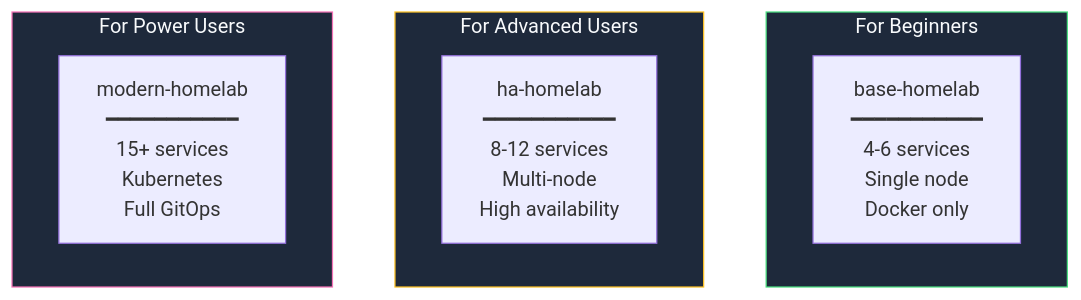
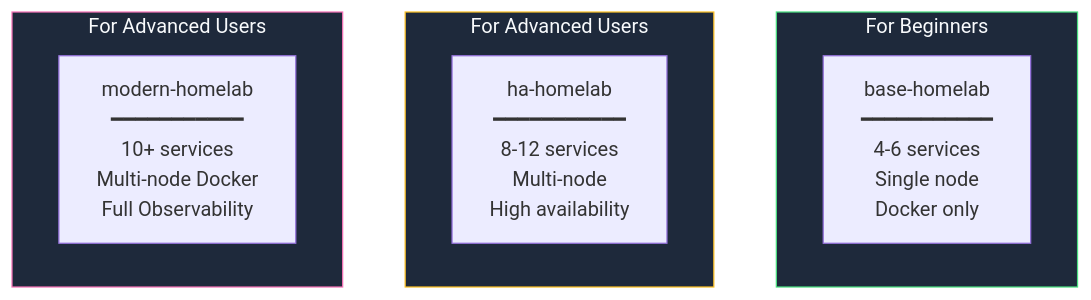
One commit to KombiverseLabs/docs changed the first of 5 diagrams in concepts/stackkits.mdx. Above: the diagram before and after it, drawn with Mermaid. The commit also changed other lines of this file and 35 other files, not shown here.

````diff
--- a/concepts/stackkits.mdx
+++ b/concepts/stackkits.mdx
@@ -55,18 +55,18 @@
 ```mermaid
 graph TB
     subgraph Beginner["For Beginners"]
         Base["base-homelab<br/>━━━━━━━━━━━<br/>4-6 services<br/>Single node<br/>Docker only"]
     end
 
     subgraph Advanced["For Advanced Users"]
         HA["ha-homelab<br/>━━━━━━━━━━━<br/>8-12 services<br/>Multi-node<br/>High availability"]
     end
 
-    subgraph Power["For Power Users"]
-        Modern["modern-homelab<br/>━━━━━━━━━━━<br/>15+ services<br/>Kubernetes<br/>Full GitOps"]
+    subgraph Power["For Advanced Users"]
+        Modern["modern-homelab<br/>━━━━━━━━━━━<br/>10+ services<br/>Multi-node Docker<br/>Full Observability"]
     end
 
     style Beginner fill:#1e293b,stroke:#4ade80,color:#f8fafc
     style Advanced fill:#1e293b,stroke:#fbbf24,color:#f8fafc
     style Power fill:#1e293b,stroke:#f472b6,color:#f8fafc
 ```
````
